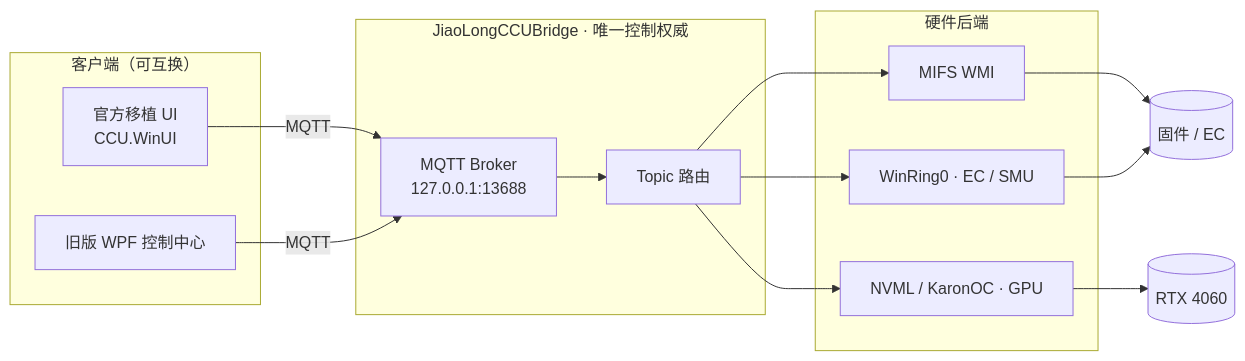
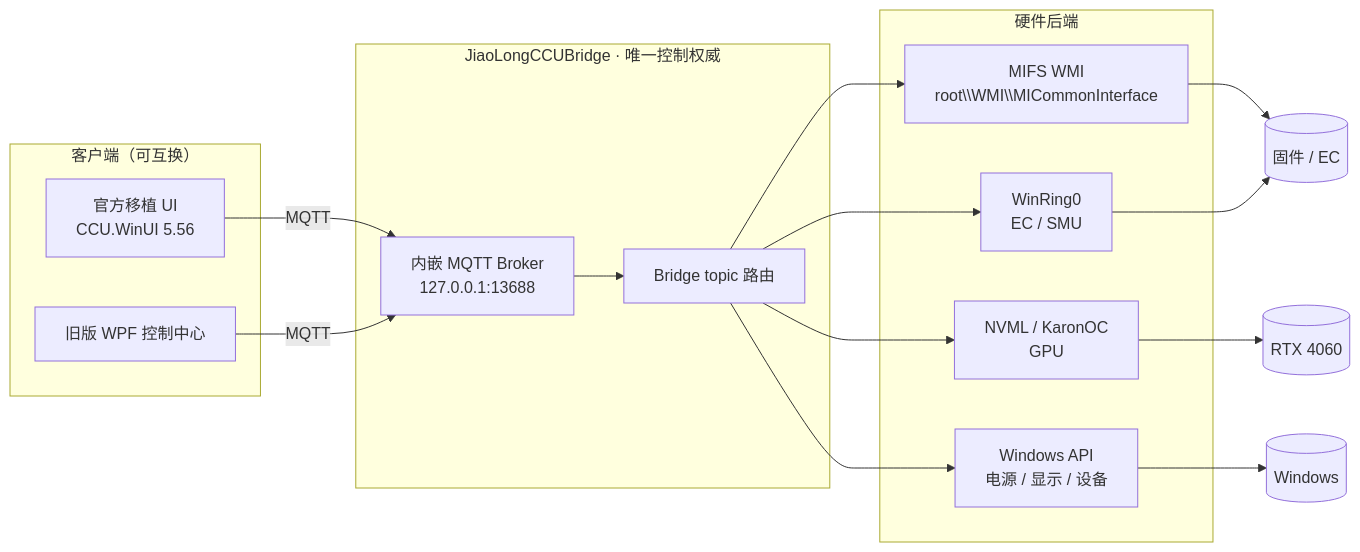
Before and after one commit to l2208568163-sys/JiaoLongControlCenter: the diagram in README.md, drawn with Mermaid. The commit also changed other lines of this file and 26 other files, not shown here.

````diff
--- a/README.md
+++ b/README.md
@@ -111,28 +362,31 @@
 ```mermaid
 flowchart LR
     subgraph UI["客户端（可互换）"]
-        A["官方移植 UI<br/>CCU.WinUI"]
+        A["官方移植 UI<br/>CCU.WinUI 5.56"]
         B["旧版 WPF 控制中心"]
     end
 
     subgraph Core["JiaoLongCCUBridge · 唯一控制权威"]
-        C["MQTT Broker<br/>127.0.0.1:13688"]
-        D["Topic 路由"]
+        C["内嵌 MQTT Broker<br/>127.0.0.1:13688"]
+        D["Bridge topic 路由"]
     end
 
     subgraph HW["硬件后端"]
-        E["MIFS WMI"]
-        F["WinRing0 · EC / SMU"]
-        G["NVML / KaronOC · GPU"]
+        E["MIFS WMI<br/>root\\WMI\\MICommonInterface"]
+        F["WinRing0<br/>EC / SMU"]
+        G["NVML / KaronOC<br/>GPU"]
+        H["Windows API<br/>电源 / 显示 / 设备"]
     end
 
     A -->|MQTT| C
     B -->|MQTT| C
     C --> D
     D --> E
     D --> F
     D --> G
-    E --> H[("固件 / EC")]
-    F --> H
-    G --> I[("RTX 4060")]
+    D --> H
+    E --> I[("固件 / EC")]
+    F --> I
+    G --> J[("RTX 4060")]
+    H --> K[("Windows")]
 ```
````
